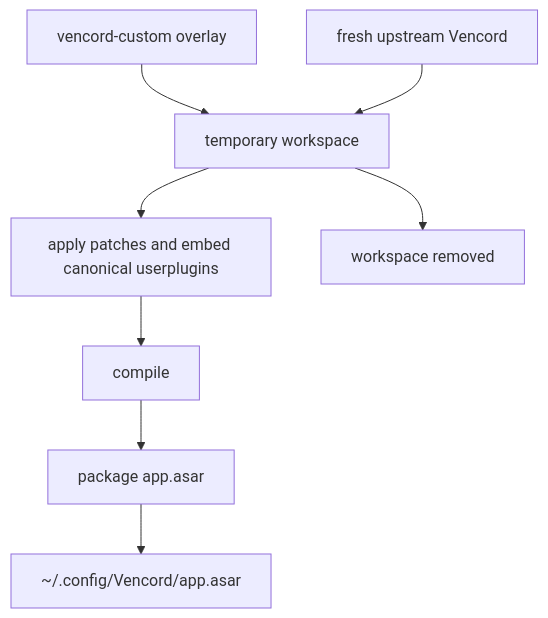
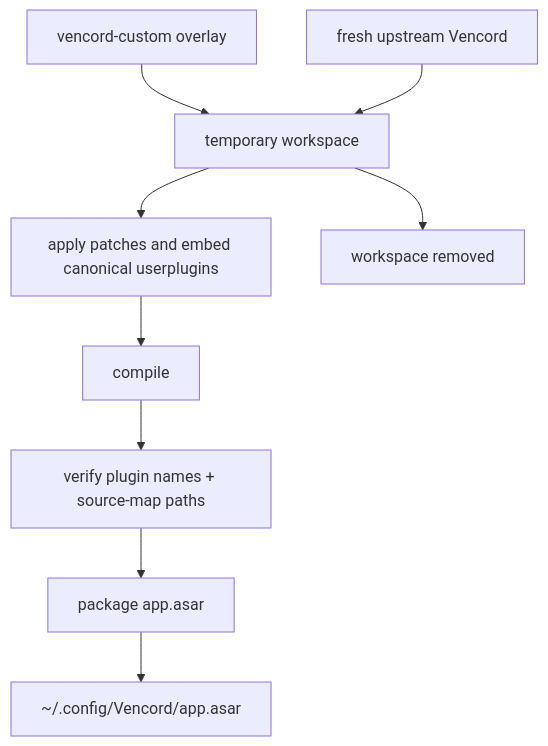
The diagram in .github/README.md (DarkPhilosophy/v), drawn with Mermaid before and after one commit. The commit also changed other lines of this file and 13 other files, not shown here.

````diff
--- a/.github/README.md
+++ b/.github/README.md
@@ -83,10 +89,11 @@
 ```mermaid
 graph TD
     O["vencord-custom overlay"] --> T["temporary workspace"]
     U["fresh upstream Vencord"] --> T
     T --> P["apply patches and embed canonical userplugins"]
     P --> B["compile"]
-    B --> A["package app.asar"]
+    B --> V["verify plugin names + source-map paths"]
+    V --> A["package app.asar"]
     A --> R["~/.config/Vencord/app.asar"]
     T --> C["workspace removed"]
 ```
````
